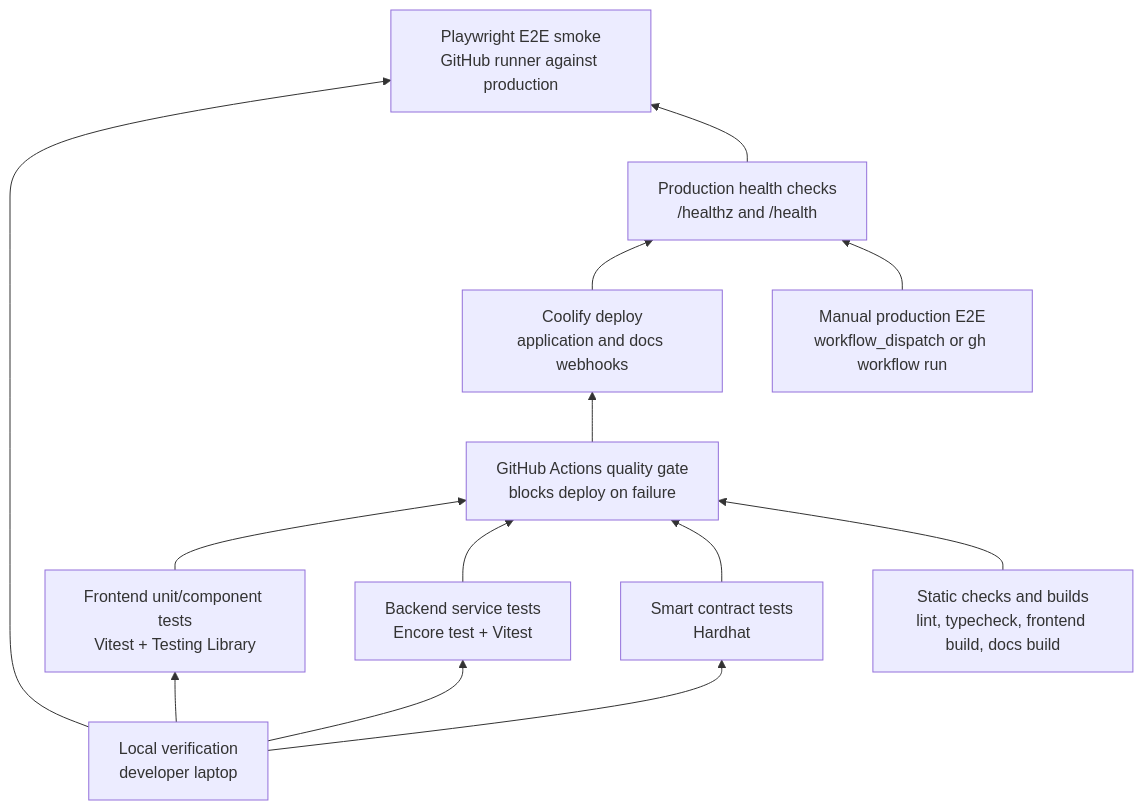
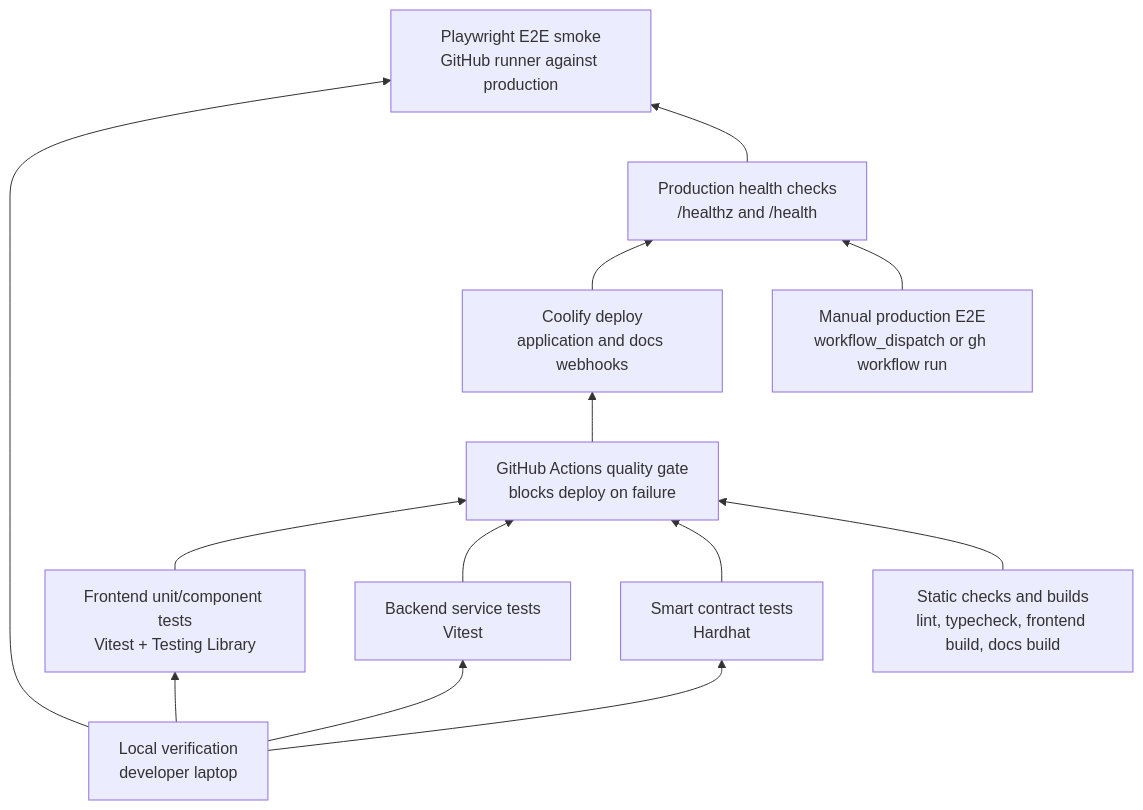
The diagram in documentation/testing/index.md (akhmetovKamil/useContent), drawn with Mermaid before and after one commit. The commit also changed other lines of this file and 4 other files, not shown here.

Commit message:
Fix docs diagrams and backend CI test gate

````diff
--- a/documentation/testing/index.md
+++ b/documentation/testing/index.md
@@ -5,27 +5,27 @@
 ```mermaid
 flowchart BT
     Local["Local verification<br/>developer laptop"]
     FrontendUnit["Frontend unit/component tests<br/>Vitest + Testing Library"]
-    BackendUnit["Backend service tests<br/>Encore test + Vitest"]
+    BackendUnit["Backend service tests<br/>Vitest"]
     Contracts["Smart contract tests<br/>Hardhat"]
     Static["Static checks and builds<br/>lint, typecheck, frontend build, docs build"]
     Gate["GitHub Actions quality gate<br/>blocks deploy on failure"]
     Deploy["Coolify deploy<br/>application and docs webhooks"]
     Health["Production health checks<br/>/healthz and /health"]
     E2E["Playwright E2E smoke<br/>GitHub runner against production"]
     Manual["Manual production E2E<br/>workflow_dispatch or gh workflow run"]
 
     Local --> FrontendUnit
     Local --> BackendUnit
     Local --> Contracts
     Local --> E2E
 
     FrontendUnit --> Gate
     BackendUnit --> Gate
     Contracts --> Gate
     Static --> Gate
     Gate --> Deploy
     Deploy --> Health
     Health --> E2E
     Manual --> Health
 ```
````
